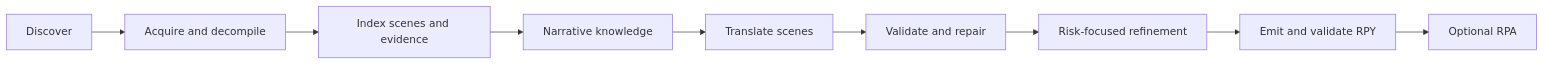
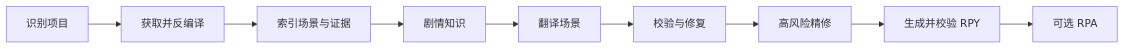
Before and after one commit to Mehael-Yeh/RenWeave: the diagram in README.md, drawn with Mermaid. The commit also changed other lines of this file and 4 other files, not shown here.

````diff
--- a/README.md
+++ b/README.md
@@ -191,11 +195,11 @@
 ```mermaid
 flowchart LR
-    A[Discover] --> B[Acquire and decompile]
-    B --> C[Index scenes and evidence]
-    C --> D[Narrative knowledge]
-    D --> E[Translate scenes]
-    E --> F[Validate and repair]
-    F --> G[Risk-focused refinement]
-    G --> H[Emit and validate RPY]
-    H --> I[Optional RPA]
+    A[识别项目] --> B[获取并反编译]
+    B --> C[索引场景与证据]
+    C --> D[剧情知识]
+    D --> E[翻译场景]
+    E --> F[校验与修复]
+    F --> G[高风险精修]
+    G --> H[生成并校验 RPY]
+    H --> I[可选 RPA]
 ```
````
